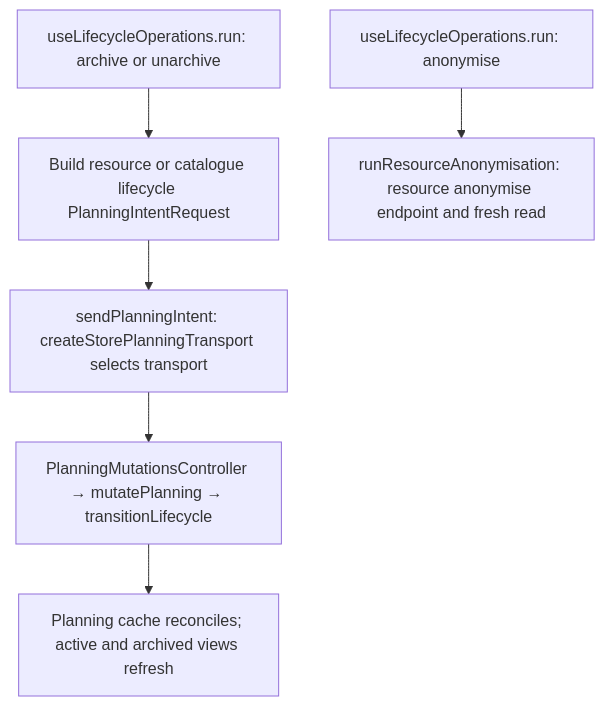
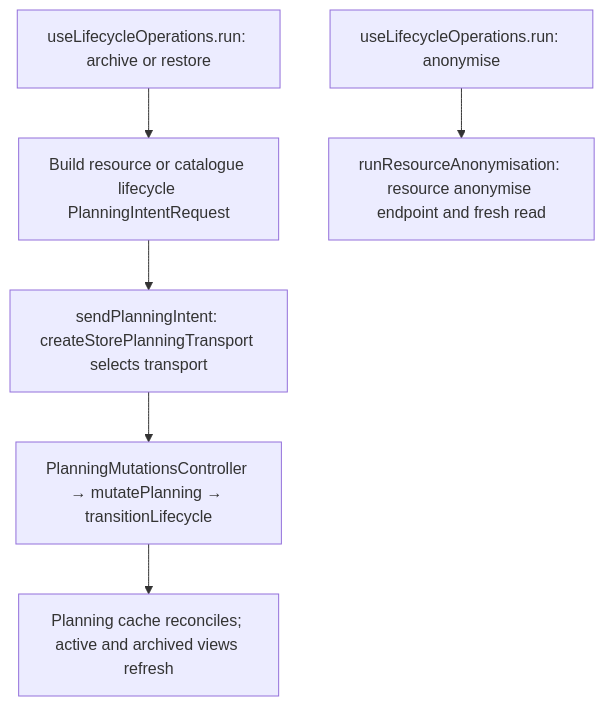
Before and after one commit to Kevinjohn/capacitylens: the second of 2 diagrams in user-stories/settings/US-SET-12-archived-deleted.md, drawn with Mermaid. The commit also changed 27 other files, not shown here.

First line of the commit message:
Restore operation: rename catalogue.unarchive and resource.unarchive to restore

````diff
--- a/user-stories/settings/US-SET-12-archived-deleted.md
+++ b/user-stories/settings/US-SET-12-archived-deleted.md
@@ -34,8 +34,8 @@
 ```mermaid
 flowchart TD
-archive["useLifecycleOperations.run: archive or unarchive"] --> intent["Build resource or catalogue lifecycle PlanningIntentRequest"]
+archive["useLifecycleOperations.run: archive or restore"] --> intent["Build resource or catalogue lifecycle PlanningIntentRequest"]
   intent --> send["sendPlanningIntent: createStorePlanningTransport selects transport"]
   send --> server["PlanningMutationsController → mutatePlanning → transitionLifecycle"]
   server --> view["Planning cache reconciles; active and archived views refresh"]
   individual["useLifecycleOperations.run: anonymise"] --> named["runResourceAnonymisation: resource anonymise endpoint and fresh read"]
 ```
````
